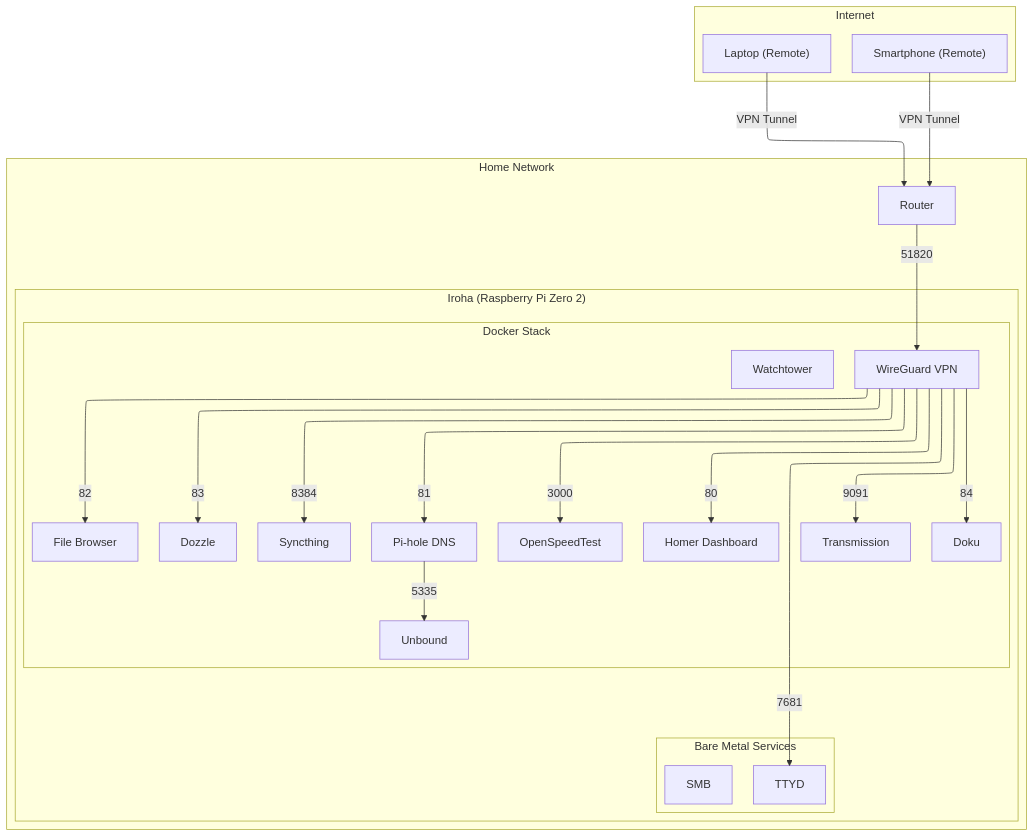
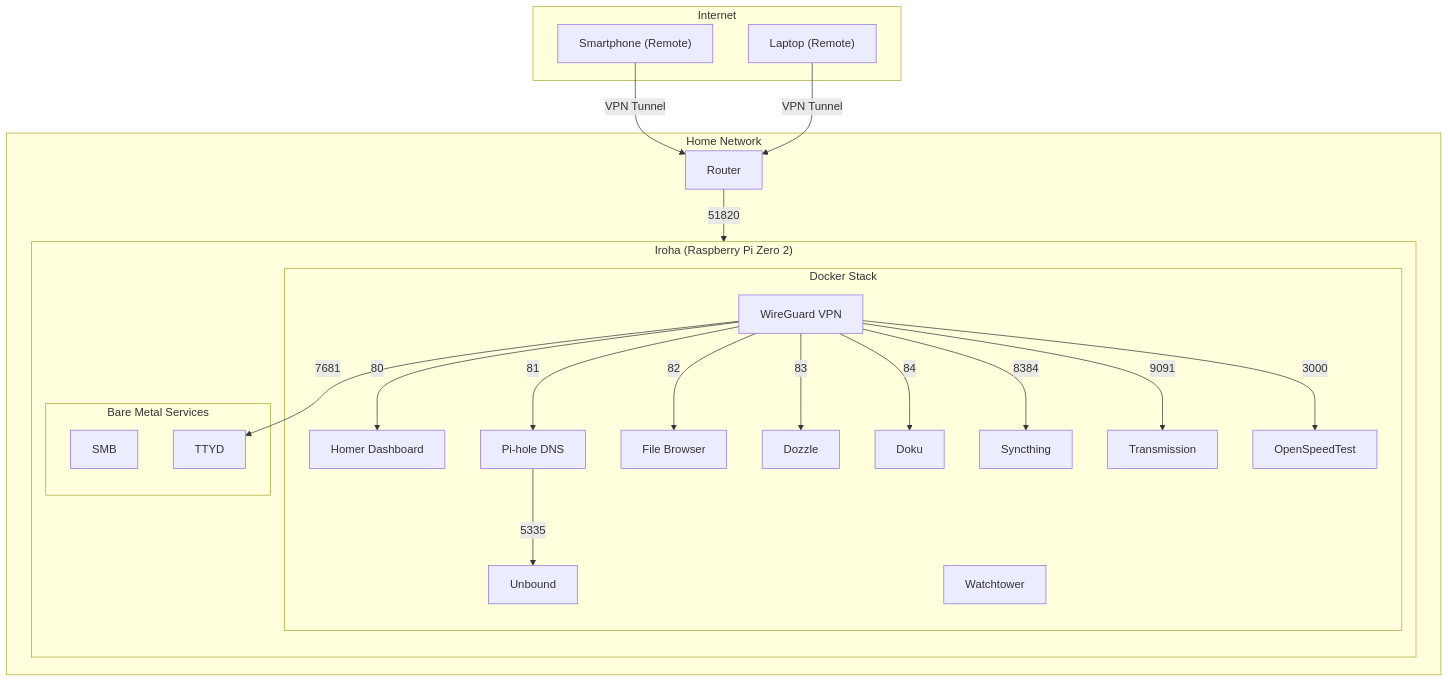
One commit to NishiyaKN/rpi changed the diagram in README.md. Above: the diagram before and after it, drawn with Mermaid.

````diff
--- a/README.md
+++ b/README.md
@@ -13,68 +13,52 @@
 ```mermaid
 ---
 config:
-  layout: elk
+  layout: dagre
 ---
 flowchart TB
  subgraph Internet["Internet"]
         Phone["Smartphone (Remote)"]
         Laptop["Laptop (Remote)"]
   end
  subgraph subGraph1["Docker Stack"]
         WG["WireGuard VPN"]
         HM["Homer Dashboard"]
         PH["️Pi-hole DNS"]
         UN["Unbound"]
         FB["File Browser"]
         DZ["Dozzle"]
+        DK["Doku"]
         OST["OpenSpeedTest"]
+        ST["Syncthing"]
         TR["Transmission"]
-        ST["Syncthing"]
         WT["Watchtower"]
-        DK["Doku"]
+
   end
  subgraph subGraph2["Bare Metal Services"]
         SMB["SMB"]
         TTYD["TTYD"]
   end
  subgraph subGraph3["Iroha (Raspberry Pi Zero 2)"]
     direction TB
         subGraph1
         subGraph2
   end
  subgraph subGraph4["Home Network"]
         Router["Router"]
         subGraph3
   end
     Phone -- VPN Tunnel --> Router
     Laptop -- VPN Tunnel --> Router
     Router -- 51820 --> WG
     WG -- 80 --> HM
     WG -- 81 --> PH
     PH -- 5335 --> UN
     WG -- 82 --> FB
     WG -- 83 --> DZ
     WG -- 84 --> DK
     WG -- 8384 --> ST
     WG -- 9091 --> TR
     WG -- 3000 --> OST
     WG -- 7681 --> TTYD
 
-     Phone:::ext
-     Laptop:::ext
-     Router:::hardware
-     WG:::docker
-     HM:::docker
-     PH:::docker
-     UN:::docker
-     FB:::docker
-     DZ:::docker
-     OST:::docker
-     TR:::docker
-     ST:::docker
-     WT:::docker
-     DK:::docker
-     SMB:::baremetal
-     TTYD:::baremetal
-
 ```
````
